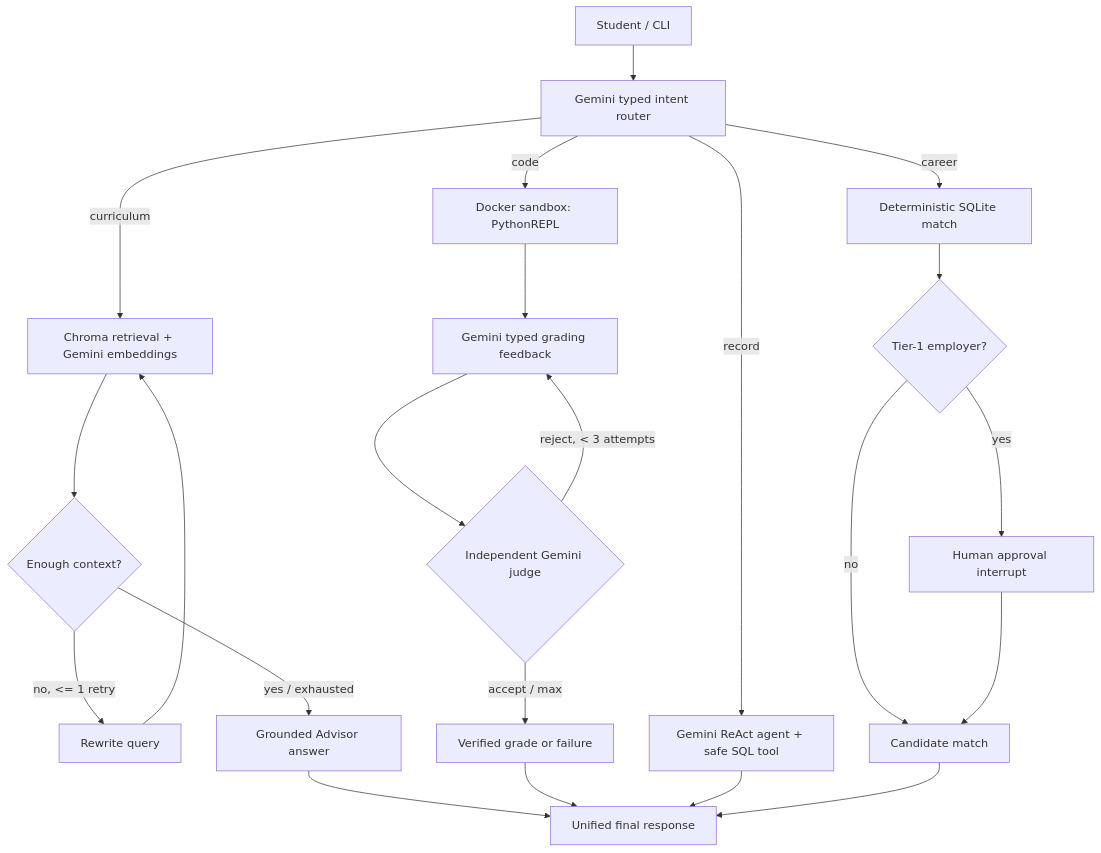
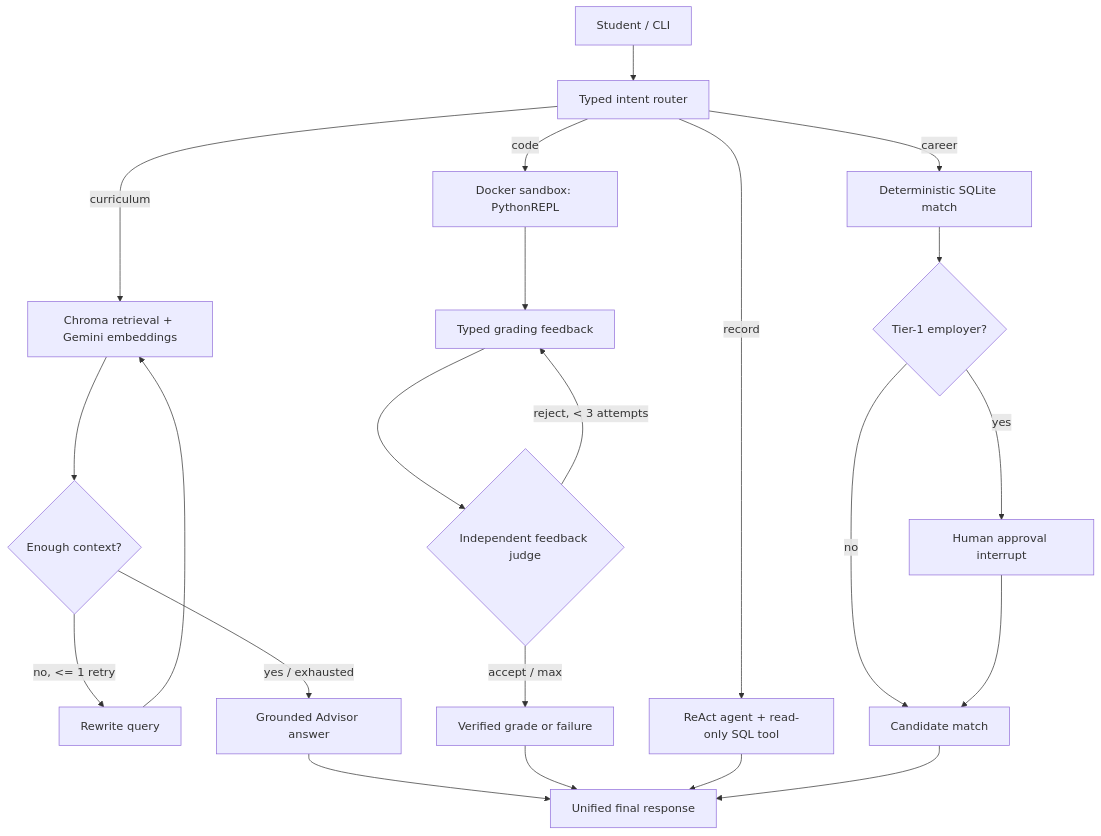
One commit to amr-ai/sprints-agentic-orchestrator- changed the diagram in README.md. Above: the diagram before and after it, drawn with Mermaid. The commit also changed other lines of this file and 27 other files, not shown here.

````diff
--- a/README.md
+++ b/README.md
@@ -11,23 +13,23 @@
 ```mermaid
 flowchart TD
-  U[Student / CLI] --> R[Gemini typed intent router]
+  U[Student / CLI] --> R[Typed intent router]
   R -->|curriculum| D[Chroma retrieval + Gemini embeddings]
   D --> Q{Enough context?}
   Q -->|no, <= 1 retry| W[Rewrite query] --> D
   Q -->|yes / exhausted| A[Grounded Advisor answer]
   R -->|code| S[Docker sandbox: PythonREPL]
-  S --> F[Gemini typed grading feedback]
-  F --> J{Independent Gemini judge}
+  S --> F[Typed grading feedback]
+  F --> J{Independent feedback judge}
   J -->|reject, < 3 attempts| F
   J -->|accept / max| G[Verified grade or failure]
-  R -->|record| SQL[Gemini ReAct agent + safe SQL tool]
+  R -->|record| SQL[ReAct agent + read-only SQL tool]
   R -->|career| M[Deterministic SQLite match]
   M --> T{Tier-1 employer?}
   T -->|yes| H[Human approval interrupt]
   T -->|no| O[Candidate match]
   H --> O
   A --> E[Unified final response]
   G --> E
   SQL --> E
   O --> E
 ```
````
